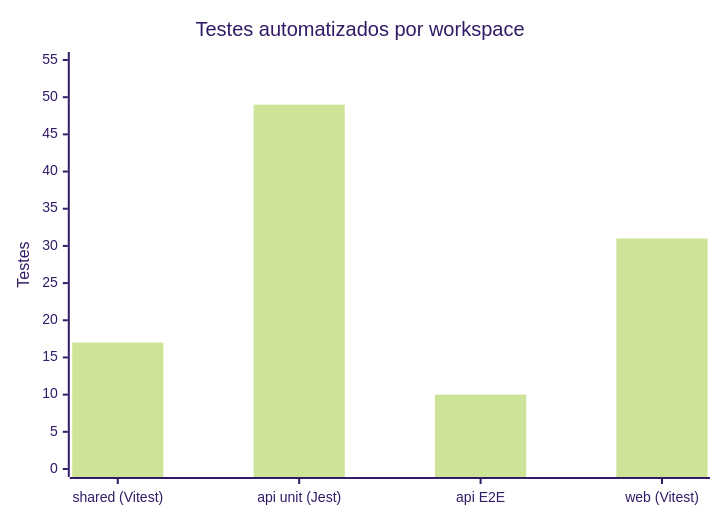
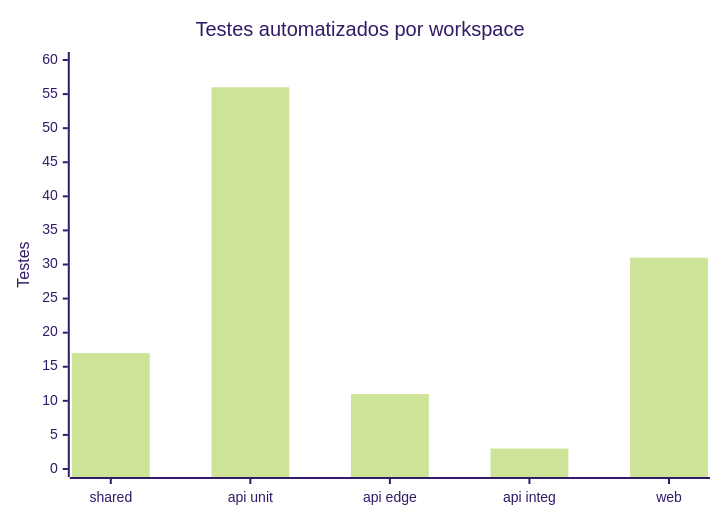
The ninth of 12 diagrams in README.md (Digooow/pokedex-frontend), drawn with Mermaid (forest theme) before and after one commit. The commit also changed other lines of this file and 33 other files, not shown here.

````diff
--- a/README.md
+++ b/README.md
@@ -520,7 +525,7 @@
 ```mermaid
 xychart-beta
   title "Testes automatizados por workspace"
-  x-axis ["shared (Vitest)", "api unit (Jest)", "api E2E", "web (Vitest)"]
-  y-axis "Testes" 0 --> 55
-  bar [17, 49, 10, 31]
+  x-axis ["shared", "api unit", "api edge", "api integ", "web"]
+  y-axis "Testes" 0 --> 60
+  bar [17, 56, 11, 3, 31]
 ```
````
